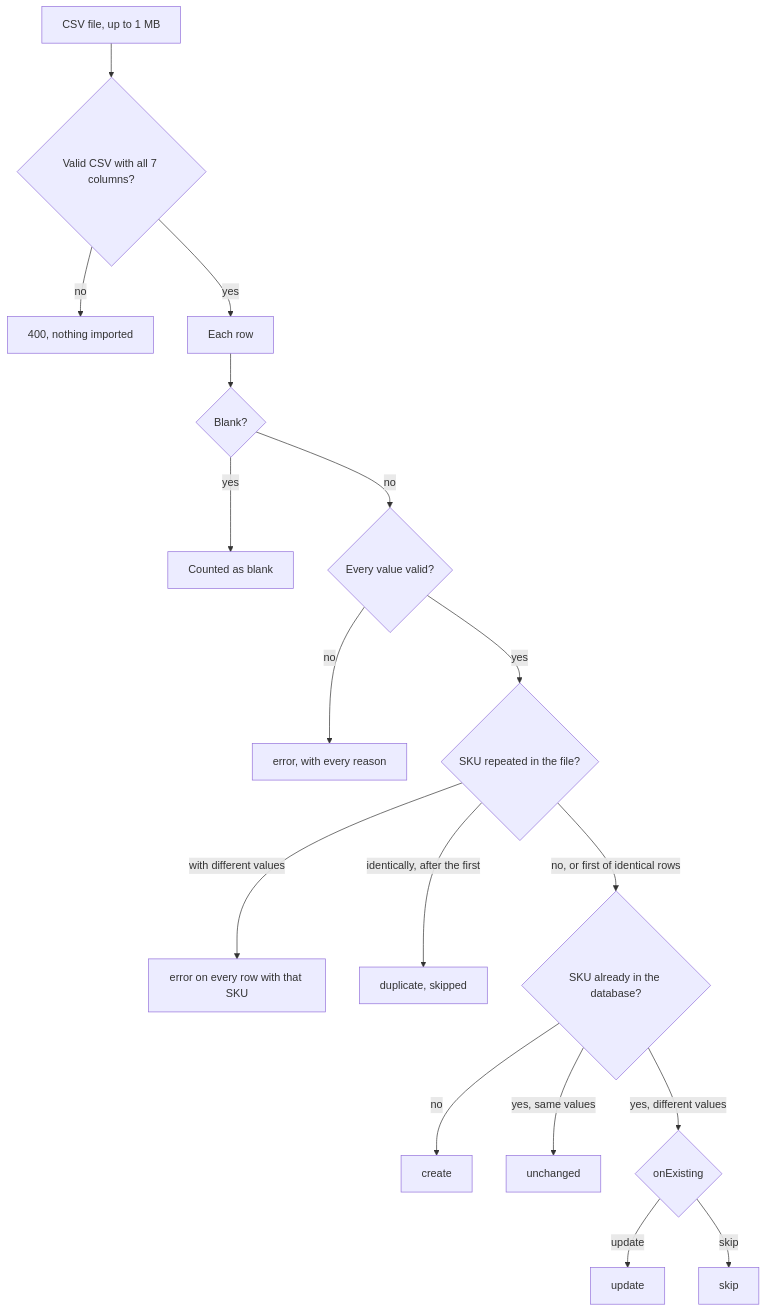
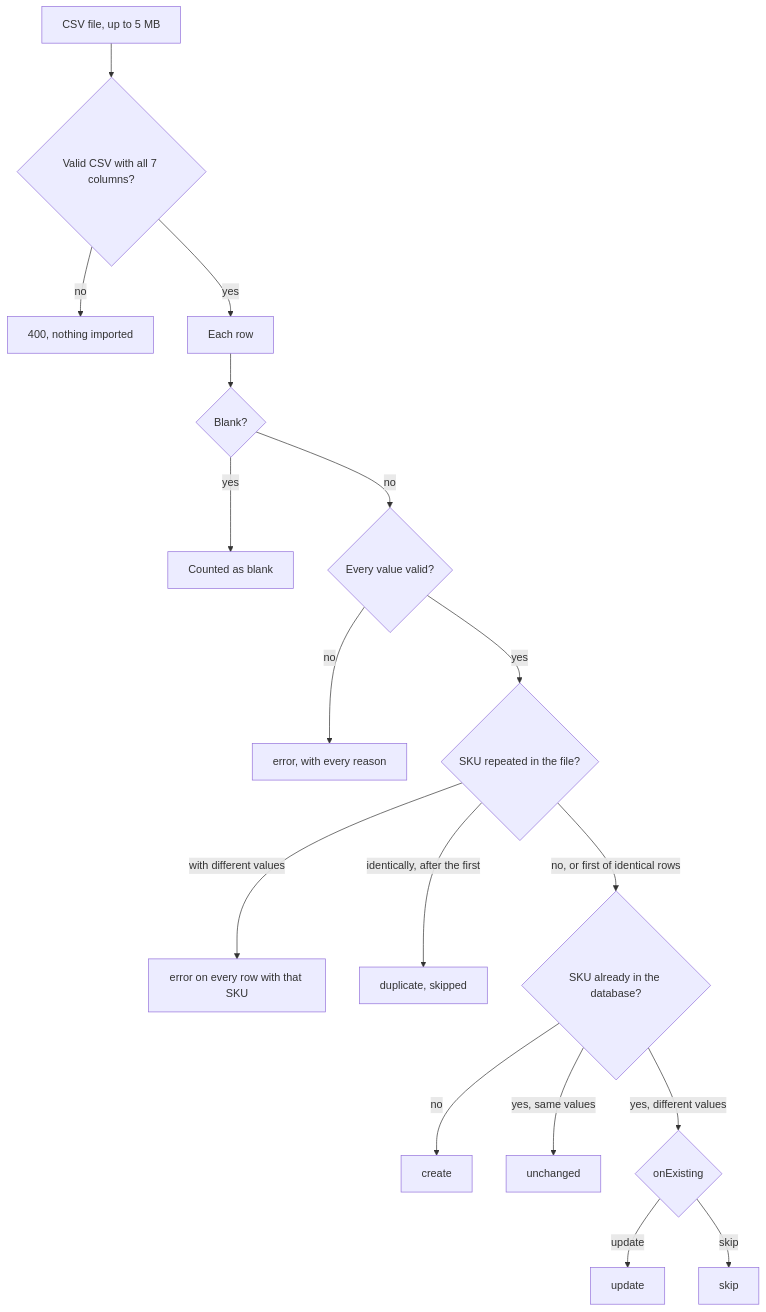
The diagram in docs/product-import.md (chaarlie/shopping-app), drawn with Mermaid before and after one commit.

Commit message:
Update CSV file size limit to 5 MB
diagram change to 5 mb

````diff
--- a/docs/product-import.md
+++ b/docs/product-import.md
@@ -10,22 +10,22 @@
 ```mermaid
 flowchart TD
-    file["CSV file, up to 1 MB"] --> columns{"Valid CSV with all 7 columns?"}
+    file["CSV file, up to 5 MB"] --> columns{"Valid CSV with all 7 columns?"}
     columns -->|no| rejected["400, nothing imported"]
     columns -->|yes| row["Each row"]
 
     row --> blank{"Blank?"}
     blank -->|yes| counted["Counted as blank"]
     blank -->|no| values{"Every value valid?"}
     values -->|no| invalid["error, with every reason"]
     values -->|yes| repeated{"SKU repeated in the file?"}
 
     repeated -->|"with different values"| conflict["error on every row with that SKU"]
     repeated -->|"identically, after the first"| duplicate["duplicate, skipped"]
     repeated -->|"no, or first of identical rows"| existing{"SKU already in the database?"}
 
     existing -->|no| create["create"]
     existing -->|"yes, same values"| unchanged["unchanged"]
     existing -->|"yes, different values"| choice{"onExisting"}
     choice -->|update| update["update"]
     choice -->|skip| skip["skip"]
 ```
````
